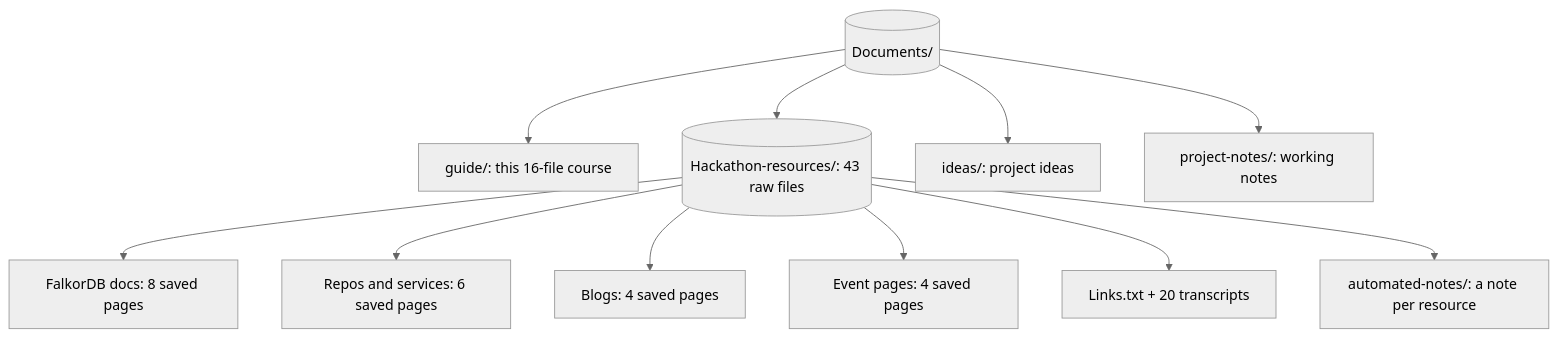
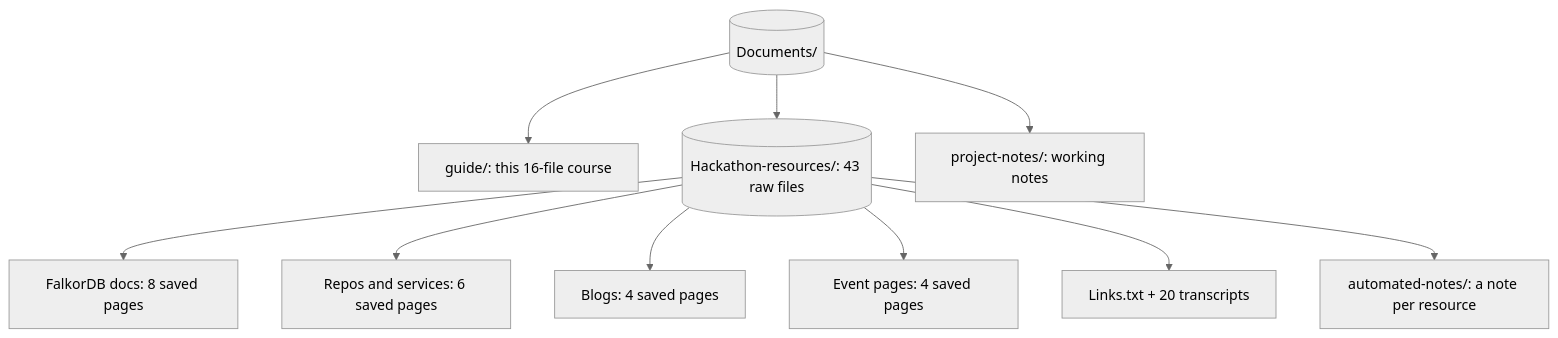
One commit to kintsugi-programmer/cto-ai changed the diagram in Documents/guide/12-resources-map.md. Above: the diagram before and after it, drawn with Mermaid (neutral theme). The commit also changed other lines of this file and 6 other files, not shown here.

Commit message:
Finalize cto-ai product review in project notes, remove ideas folder

````diff
--- a/Documents/guide/12-resources-map.md
+++ b/Documents/guide/12-resources-map.md
@@ -14,13 +13,12 @@
 ```mermaid
 graph TD
     R[("Documents/")] --> GR["guide/: this 16-file course"]
     R --> HR[("Hackathon-resources/: 43 raw files")]
-    R --> ID["ideas/: project ideas"]
     R --> PN["project-notes/: working notes"]
     HR --> DOC["FalkorDB docs: 8 saved pages"]
     HR --> REP["Repos and services: 6 saved pages"]
     HR --> B["Blogs: 4 saved pages"]
     HR --> EV["Event pages: 4 saved pages"]
     HR --> TX["Links.txt + 20 transcripts"]
     HR --> AN["automated-notes/: a note per resource"]
 ```
````
